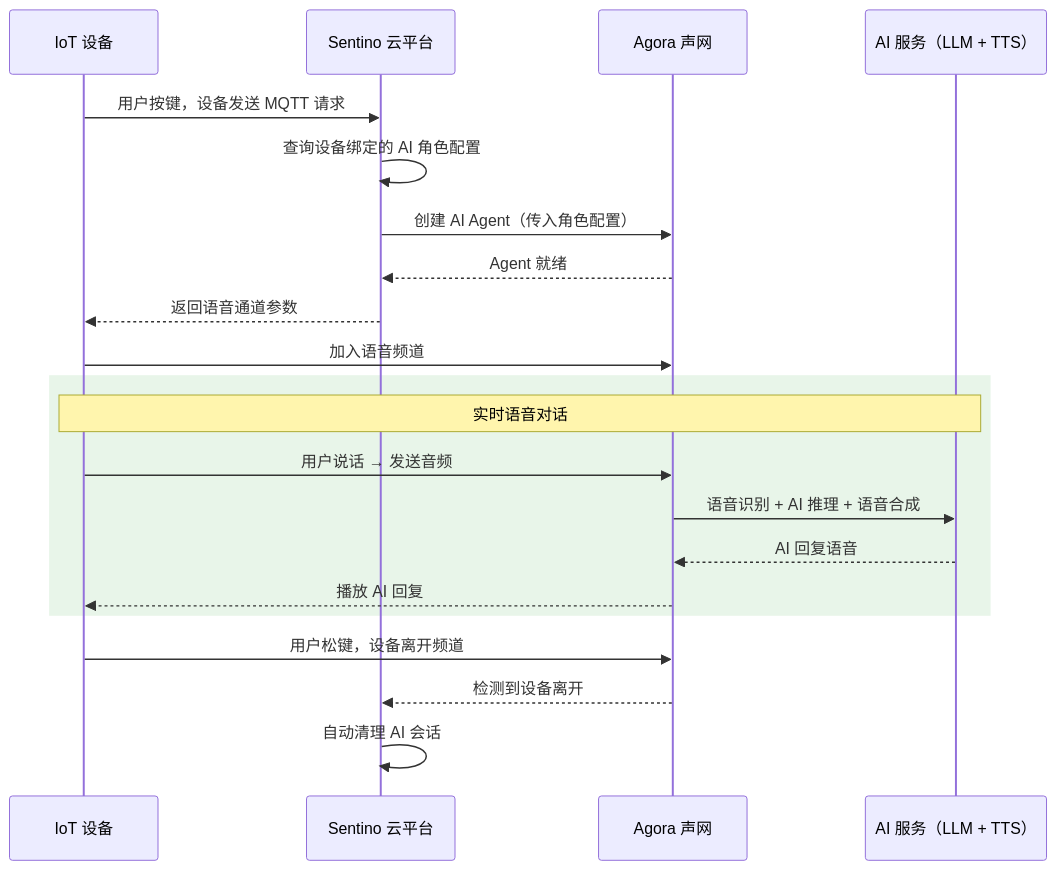
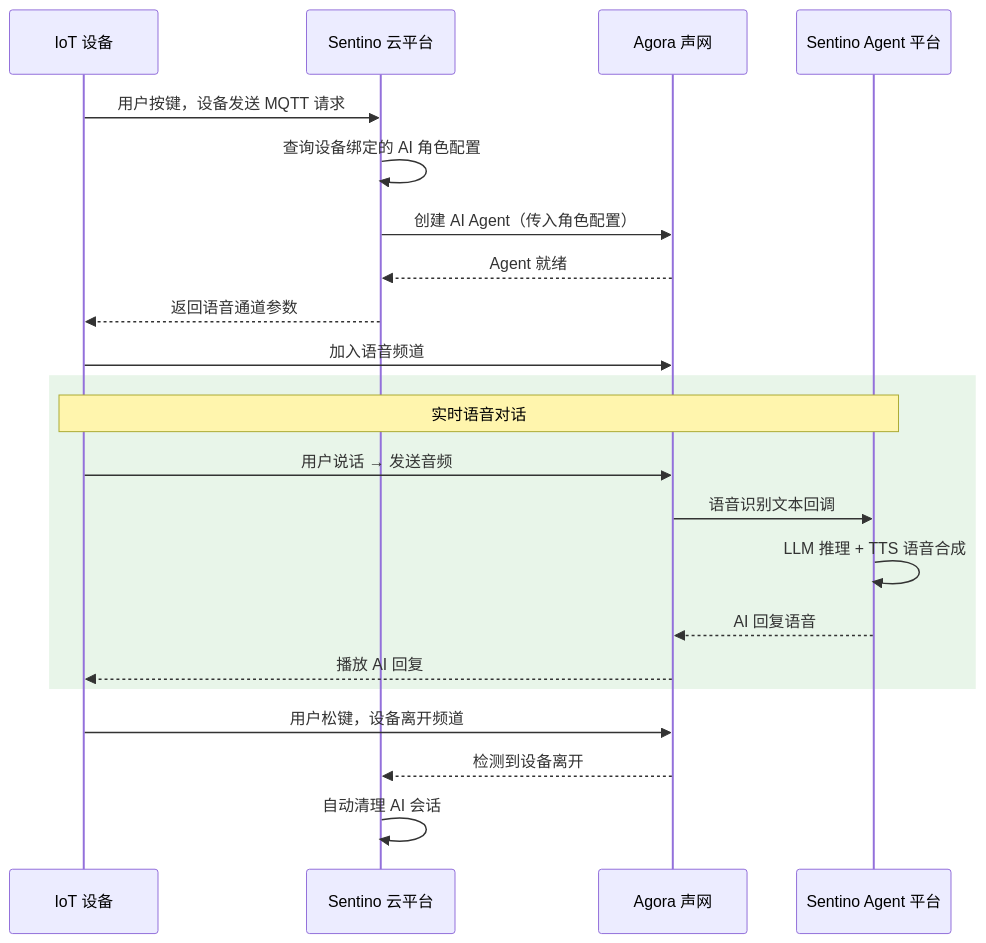
The third of 3 diagrams in architecture-overview.md (sentino-jp/iot-docs), drawn with Mermaid before and after one commit. The commit also changed other lines of this file and 1 other file, not shown here.

First line of the commit message:
docs: Agora calls back to Sentino Agent for LLM/TTS, not directly

````diff
--- a/architecture-overview.md
+++ b/architecture-overview.md
@@ -104,27 +109,28 @@
 ```mermaid
 sequenceDiagram
     participant Device as IoT 设备
     participant Cloud as Sentino 云平台
     participant Agora as Agora 声网
-    participant AI as AI 服务（LLM + TTS）
+    participant SA as Sentino Agent 平台
 
     Device->>Cloud: 用户按键，设备发送 MQTT 请求
     Cloud->>Cloud: 查询设备绑定的 AI 角色配置
     Cloud->>Agora: 创建 AI Agent（传入角色配置）
     Agora-->>Cloud: Agent 就绪
     Cloud-->>Device: 返回语音通道参数
 
     Device->>Agora: 加入语音频道
 
     rect rgb(232, 245, 233)
-    Note over Device, AI: 实时语音对话
+    Note over Device, SA: 实时语音对话
     Device->>Agora: 用户说话 → 发送音频
-    Agora->>AI: 语音识别 + AI 推理 + 语音合成
-    AI-->>Agora: AI 回复语音
+    Agora->>SA: 语音识别文本回调
+    SA->>SA: LLM 推理 + TTS 语音合成
+    SA-->>Agora: AI 回复语音
     Agora-->>Device: 播放 AI 回复
     end
 
     Device->>Agora: 用户松键，设备离开频道
     Agora-->>Cloud: 检测到设备离开
     Cloud->>Cloud: 自动清理 AI 会话
 ```
````
